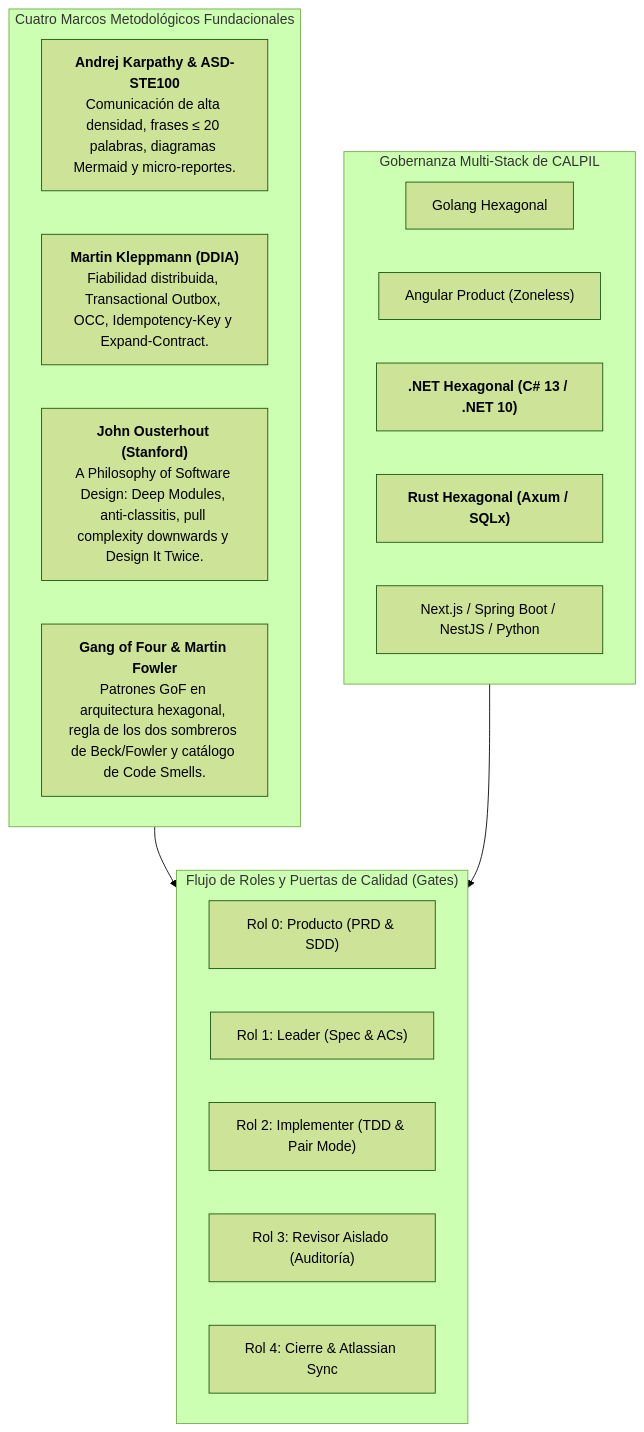
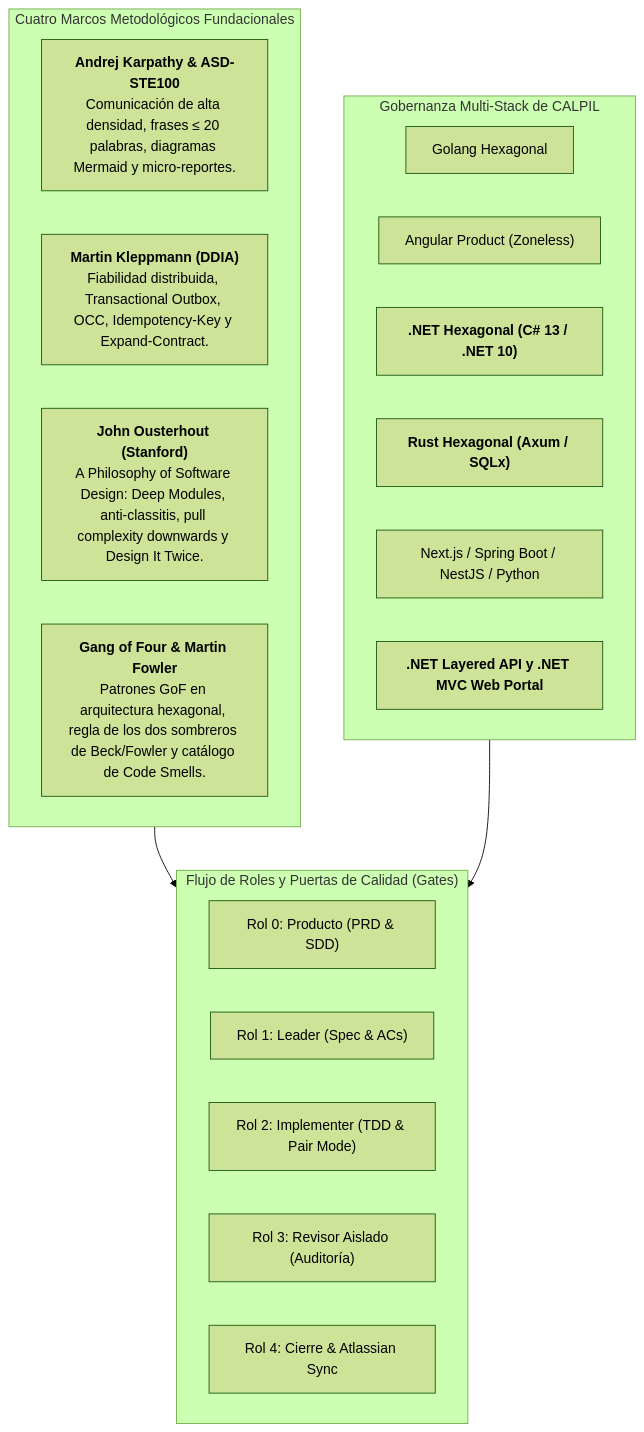
The diagram in docs/memoria-tecnica-implementaciones.md (calpil/harness-flow), drawn with Mermaid (forest theme) before and after one commit. The commit also changed other lines of this file and 45 other files, not shown here.

Commit message:
feat(stacks): stacks dotnet-layered (API .NET en capas) y dotnet-mvc (portal .NET MVC); el stack especifico desplaza al general de su familia

````diff
--- a/docs/memoria-tecnica-implementaciones.md
+++ b/docs/memoria-tecnica-implementaciones.md
@@ -11,28 +11,29 @@
 ```mermaid
 flowchart TD
     subgraph Marcos["Cuatro Marcos Metodológicos Fundacionales"]
         M1["<b>Andrej Karpathy & ASD-STE100</b><br/>Comunicación de alta densidad, frases &le; 20 palabras, diagramas Mermaid y micro-reportes."]
         M2["<b>Martin Kleppmann (DDIA)</b><br/>Fiabilidad distribuida, Transactional Outbox, OCC, Idempotency-Key y Expand-Contract."]
         M3["<b>John Ousterhout (Stanford)</b><br/>A Philosophy of Software Design: Deep Modules, anti-classitis, pull complexity downwards y Design It Twice."]
         M4["<b>Gang of Four & Martin Fowler</b><br/>Patrones GoF en arquitectura hexagonal, regla de los dos sombreros de Beck/Fowler y catálogo de Code Smells."]
     end
 
     subgraph Stacks["Gobernanza Multi-Stack de CALPIL"]
         S1["Golang Hexagonal"]
         S2["Angular Product (Zoneless)"]
         S3["<b>.NET Hexagonal (C# 13 / .NET 10)</b>"]
         S4["<b>Rust Hexagonal (Axum / SQLx)</b>"]
         S5["Next.js / Spring Boot / NestJS / Python"]
+        S6["<b>.NET Layered API y .NET MVC Web Portal</b>"]
     end
 
     subgraph Flujo["Flujo de Roles y Puertas de Calidad (Gates)"]
         F0["Rol 0: Producto (PRD & SDD)"]
         F1["Rol 1: Leader (Spec & ACs)"]
         F2["Rol 2: Implementer (TDD & Pair Mode)"]
         F3["Rol 3: Revisor Aislado (Auditoría)"]
         F4["Rol 4: Cierre & Atlassian Sync"]
     end
 
     Marcos --> Flujo
     Stacks --> Flujo
 ```
````
